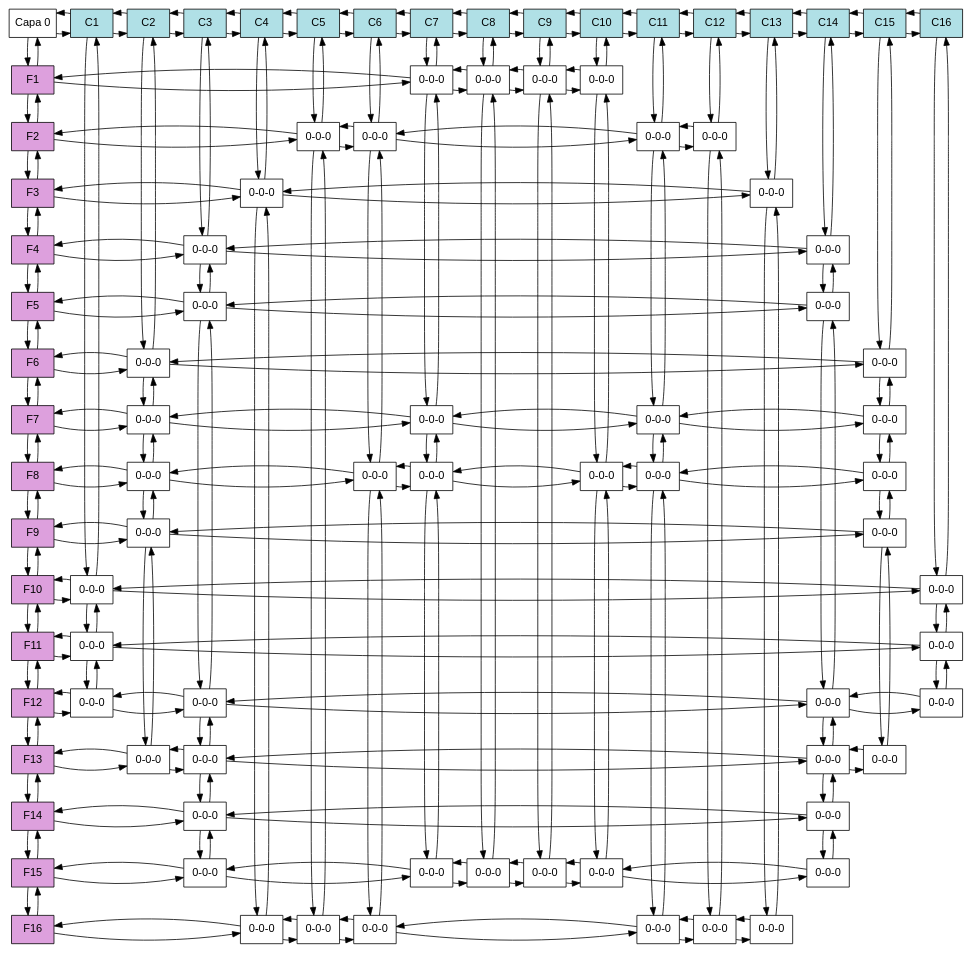
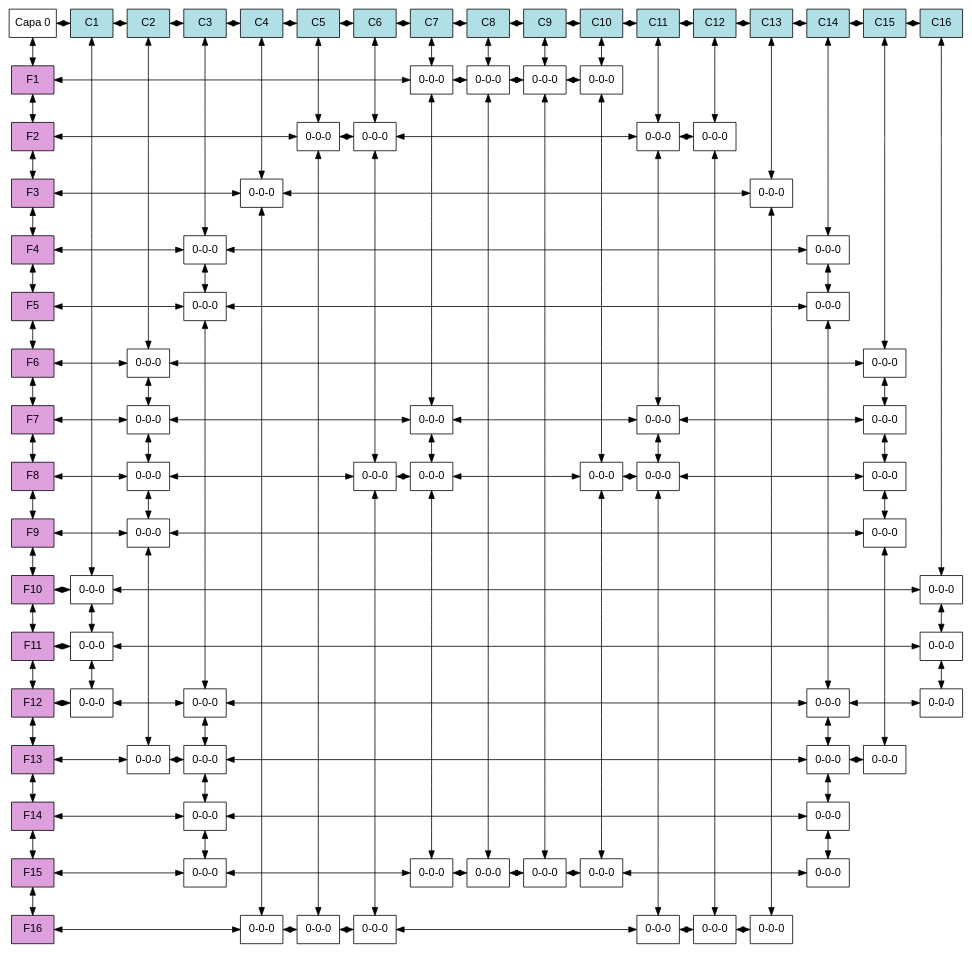
The diagram in ave/Contorno.dot (brandonT2002/EDD_VJ1S2023_PY_202112030), drawn with Graphviz before and after one commit. The commit also changed 30 other files, not shown here.

```diff
--- a/ave/Contorno.dot
+++ b/ave/Contorno.dot
@@ -1,5 +1,6 @@
 digraph T{
 	node[shape=box fontname="Arial" fillcolor="white" style=filled];
+	edge[dir="both"];
 	Root[label = "Capa 0", group="0"];
 	F1[group="0" fillcolor="plum"];
 	F2[group="0" fillcolor="plum"];
@@ -17,227 +18,193 @@
 	F14[group="0" fillcolor="plum"];
 	F15[group="0" fillcolor="plum"];
 	F16[group="0" fillcolor="plum"];
-	C1[group=1 fillcolor="powderblue"];
-	C2[group=2 fillcolor="powderblue"];
-	C3[group=3 fillcolor="powderblue"];
-	C4[group=4 fillcolor="powderblue"];
-	C5[group=5 fillcolor="powderblue"];
-	C6[group=6 fillcolor="powderblue"];
-	C7[group=7 fillcolor="powderblue"];
-	C8[group=8 fillcolor="powderblue"];
-	C9[group=9 fillcolor="powderblue"];
-	C10[group=10 fillcolor="powderblue"];
-	C11[group=11 fillcolor="powderblue"];
-	C12[group=12 fillcolor="powderblue"];
-	C13[group=13 fillcolor="powderblue"];
-	C14[group=14 fillcolor="powderblue"];
-	C15[group=15 fillcolor="powderblue"];
-	C16[group=16 fillcolor="powderblue"];
-	N10_1[group=1 label="0-0-0"];
-	N11_1[group=1 label="0-0-0"];
-	N12_1[group=1 label="0-0-0"];
-	N6_2[group=2 label="0-0-0"];
-	N7_2[group=2 label="0-0-0"];
-	N8_2[group=2 label="0-0-0"];
-	N9_2[group=2 label="0-0-0"];
-	N13_2[group=2 label="0-0-0"];
-	N4_3[group=3 label="0-0-0"];
-	N5_3[group=3 label="0-0-0"];
-	N12_3[group=3 label="0-0-0"];
-	N13_3[group=3 label="0-0-0"];
-	N14_3[group=3 label="0-0-0"];
-	N15_3[group=3 label="0-0-0"];
-	N3_4[group=4 label="0-0-0"];
-	N16_4[group=4 label="0-0-0"];
-	N2_5[group=5 label="0-0-0"];
-	N16_5[group=5 label="0-0-0"];
-	N2_6[group=6 label="0-0-0"];
-	N8_6[group=6 label="0-0-0"];
-	N16_6[group=6 label="0-0-0"];
-	N1_7[group=7 label="0-0-0"];
-	N7_7[group=7 label="0-0-0"];
-	N8_7[group=7 label="0-0-0"];
-	N15_7[group=7 label="0-0-0"];
-	N1_8[group=8 label="0-0-0"];
-	N15_8[group=8 label="0-0-0"];
-	N1_9[group=9 label="0-0-0"];
-	N15_9[group=9 label="0-0-0"];
-	N1_10[group=10 label="0-0-0"];
-	N8_10[group=10 label="0-0-0"];
-	N15_10[group=10 label="0-0-0"];
-	N2_11[group=11 label="0-0-0"];
-	N7_11[group=11 label="0-0-0"];
-	N8_11[group=11 label="0-0-0"];
-	N16_11[group=11 label="0-0-0"];
-	N2_12[group=12 label="0-0-0"];
-	N16_12[group=12 label="0-0-0"];
-	N3_13[group=13 label="0-0-0"];
-	N16_13[group=13 label="0-0-0"];
-	N4_14[group=14 label="0-0-0"];
-	N5_14[group=14 label="0-0-0"];
-	N12_14[group=14 label="0-0-0"];
-	N13_14[group=14 label="0-0-0"];
-	N14_14[group=14 label="0-0-0"];
-	N15_14[group=14 label="0-0-0"];
-	N6_15[group=15 label="0-0-0"];
-	N7_15[group=15 label="0-0-0"];
-	N8_15[group=15 label="0-0-0"];
-	N9_15[group=15 label="0-0-0"];
-	N13_15[group=15 label="0-0-0"];
-	N10_16[group=16 label="0-0-0"];
-	N11_16[group=16 label="0-0-0"];
-	N12_16[group=16 label="0-0-0"];
+	C1[group="1" fillcolor="powderblue"];
+	C2[group="2" fillcolor="powderblue"];
+	C3[group="3" fillcolor="powderblue"];
+	C4[group="4" fillcolor="powderblue"];
+	C5[group="5" fillcolor="powderblue"];
+	C6[group="6" fillcolor="powderblue"];
+	C7[group="7" fillcolor="powderblue"];
+	C8[group="8" fillcolor="powderblue"];
+	C9[group="9" fillcolor="powderblue"];
+	C10[group="10" fillcolor="powderblue"];
+	C11[group="11" fillcolor="powderblue"];
+	C12[group="12" fillcolor="powderblue"];
+	C13[group="13" fillcolor="powderblue"];
+	C14[group="14" fillcolor="powderblue"];
+	C15[group="15" fillcolor="powderblue"];
+	C16[group="16" fillcolor="powderblue"];
+	N10_1[group="1" label="0-0-0"];
+	N11_1[group="1" label="0-0-0"];
+	N12_1[group="1" label="0-0-0"];
+	N6_2[group="2" label="0-0-0"];
+	N7_2[group="2" label="0-0-0"];
+	N8_2[group="2" label="0-0-0"];
+	N9_2[group="2" label="0-0-0"];
+	N13_2[group="2" label="0-0-0"];
+	N4_3[group="3" label="0-0-0"];
+	N5_3[group="3" label="0-0-0"];
+	N12_3[group="3" label="0-0-0"];
+	N13_3[group="3" label="0-0-0"];
+	N14_3[group="3" label="0-0-0"];
+	N15_3[group="3" label="0-0-0"];
+	N3_4[group="4" label="0-0-0"];
+	N16_4[group="4" label="0-0-0"];
+	N2_5[group="5" label="0-0-0"];
+	N16_5[group="5" label="0-0-0"];
+	N2_6[group="6" label="0-0-0"];
+	N8_6[group="6" label="0-0-0"];
+	N16_6[group="6" label="0-0-0"];
+	N1_7[group="7" label="0-0-0"];
+	N7_7[group="7" label="0-0-0"];
+	N8_7[group="7" label="0-0-0"];
+	N15_7[group="7" label="0-0-0"];
+	N1_8[group="8" label="0-0-0"];
+	N15_8[group="8" label="0-0-0"];
+	N1_9[group="9" label="0-0-0"];
+	N15_9[group="9" label="0-0-0"];
+	N1_10[group="10" label="0-0-0"];
+	N8_10[group="10" label="0-0-0"];
+	N15_10[group="10" label="0-0-0"];
+	N2_11[group="11" label="0-0-0"];
+	N7_11[group="11" label="0-0-0"];
+	N8_11[group="11" label="0-0-0"];
+	N16_11[group="11" label="0-0-0"];
+	N2_12[group="12" label="0-0-0"];
+	N16_12[group="12" label="0-0-0"];
+	N3_13[group="13" label="0-0-0"];
+	N16_13[group="13" label="0-0-0"];
+	N4_14[group="14" label="0-0-0"];
+	N5_14[group="14" label="0-0-0"];
+	N12_14[group="14" label="0-0-0"];
+	N13_14[group="14" label="0-0-0"];
+	N14_14[group="14" label="0-0-0"];
+	N15_14[group="14" label="0-0-0"];
+	N6_15[group="15" label="0-0-0"];
+	N7_15[group="15" label="0-0-0"];
+	N8_15[group="15" label="0-0-0"];
+	N9_15[group="15" label="0-0-0"];
+	N13_15[group="15" label="0-0-0"];
+	N10_16[group="16" label="0-0-0"];
+	N11_16[group="16" label="0-0-0"];
+	N12_16[group="16" label="0-0-0"];
 	subgraph columnHeader {
 		rank = same;
 		Root -> C1 -> C2 -> C3 -> C4 -> C5 -> C6 -> C7 -> C8 -> C9 -> C10 -> C11 -> C12 -> C13 -> C14 -> C15 -> C16;
-		Root -> C1 -> C2 -> C3 -> C4 -> C5 -> C6 -> C7 -> C8 -> C9 -> C10 -> C11 -> C12 -> C13 -> C14 -> C15 -> C16[dir=back];
 	}
 	subgraph row1 {
 		rank = same;
 		F1 -> N1_7 -> N1_8 -> N1_9 -> N1_10;
-		F1 -> N1_7 -> N1_8 -> N1_9 -> N1_10[dir=back];
 	}
 	subgraph row2 {
 		rank = same;
 		F2 -> N2_5 -> N2_6 -> N2_11 -> N2_12;
-		F2 -> N2_5 -> N2_6 -> N2_11 -> N2_12[dir=back];
 	}
 	subgraph row3 {
 		rank = same;
 		F3 -> N3_4 -> N3_13;
-		F3 -> N3_4 -> N3_13[dir=back];
 	}
 	subgraph row4 {
 		rank = same;
 		F4 -> N4_3 -> N4_14;
-		F4 -> N4_3 -> N4_14[dir=back];
 	}
 	subgraph row5 {
 		rank = same;
 		F5 -> N5_3 -> N5_14;
-		F5 -> N5_3 -> N5_14[dir=back];
 	}
 	subgraph row6 {
 		rank = same;
 		F6 -> N6_2 -> N6_15;
-		F6 -> N6_2 -> N6_15[dir=back];
 	}
 	subgraph row7 {
 		rank = same;
 		F7 -> N7_2 -> N7_7 -> N7_11 -> N7_15;
-		F7 -> N7_2 -> N7_7 -> N7_11 -> N7_15[dir=back];
 	}
 	subgraph row8 {
 		rank = same;
 		F8 -> N8_2 -> N8_6 -> N8_7 -> N8_10 -> N8_11 -> N8_15;
-		F8 -> N8_2 -> N8_6 -> N8_7 -> N8_10 -> N8_11 -> N8_15[dir=back];
 	}
 	subgraph row9 {
 		rank = same;
 		F9 -> N9_2 -> N9_15;
-		F9 -> N9_2 -> N9_15[dir=back];
 	}
 	subgraph row10 {
 		rank = same;
 		F10 -> N10_1 -> N10_16;
-		F10 -> N10_1 -> N10_16[dir=back];
 	}
 	subgraph row11 {
 		rank = same;
 		F11 -> N11_1 -> N11_16;
-		F11 -> N11_1 -> N11_16[dir=back];
 	}
 	subgraph row12 {
 		rank = same;
 		F12 -> N12_1 -> N12_3 -> N12_14 -> N12_16;
-		F12 -> N12_1 -> N12_3 -> N12_14 -> N12_16[dir=back];
 	}
 	subgraph row13 {
 		rank = same;
 		F13 -> N13_2 -> N13_3 -> N13_14 -> N13_15;
-		F13 -> N13_2 -> N13_3 -> N13_14 -> N13_15[dir=back];
 	}
 	subgraph row14 {
 		rank = same;
 		F14 -> N14_3 -> N14_14;
-		F14 -> N14_3 -> N14_14[dir=back];
 	}
 	subgraph row15 {
 		rank = same;
 		F15 -> N15_3 -> N15_7 -> N15_8 -> N15_9 -> N15_10 -> N15_14;
-		F15 -> N15_3 -> N15_7 -> N15_8 -> N15_9 -> N15_10 -> N15_14[dir=back];
 	}
 	subgraph row16 {
 		rank = same;
 		F16 -> N16_4 -> N16_5 -> N16_6 -> N16_11 -> N16_12 -> N16_13;
-		F16 -> N16_4 -> N16_5 -> N16_6 -> N16_11 -> N16_12 -> N16_13[dir=back];
 	}
 	subgraph rowHeader {
 		Root -> F1 -> F2 -> F3 -> F4 -> F5 -> F6 -> F7 -> F8 -> F9 -> F10 -> F11 -> F12 -> F13 -> F14 -> F15 -> F16;
-		Root -> F1 -> F2 -> F3 -> F4 -> F5 -> F6 -> F7 -> F8 -> F9 -> F10 -> F11 -> F12 -> F13 -> F14 -> F15 -> F16[dir=back];
 	}
 	subgraph column1 {
 		C1 -> N10_1 -> N11_1 -> N12_1;
-		C1 -> N10_1 -> N11_1 -> N12_1[dir=back];
 	}
 	subgraph column2 {
 		C2 -> N6_2 -> N7_2 -> N8_2 -> N9_2 -> N13_2;
-		C2 -> N6_2 -> N7_2 -> N8_2 -> N9_2 -> N13_2[dir=back];
 	}
 	subgraph column3 {
 		C3 -> N4_3 -> N5_3 -> N12_3 -> N13_3 -> N14_3 -> N15_3;
-		C3 -> N4_3 -> N5_3 -> N12_3 -> N13_3 -> N14_3 -> N15_3[dir=back];
 	}
 	subgraph column4 {
 		C4 -> N3_4 -> N16_4;
-		C4 -> N3_4 -> N16_4[dir=back];
 	}
 	subgraph column5 {
 		C5 -> N2_5 -> N16_5;
-		C5 -> N2_5 -> N16_5[dir=back];
 	}
 	subgraph column6 {
 		C6 -> N2_6 -> N8_6 -> N16_6;
-		C6 -> N2_6 -> N8_6 -> N16_6[dir=back];
 	}
 	subgraph column7 {
 		C7 -> N1_7 -> N7_7 -> N8_7 -> N15_7;
-		C7 -> N1_7 -> N7_7 -> N8_7 -> N15_7[dir=back];
 	}
 	subgraph column8 {
 		C8 -> N1_8 -> N15_8;
-		C8 -> N1_8 -> N15_8[dir=back];
 	}
 	subgraph column9 {
 		C9 -> N1_9 -> N15_9;
-		C9 -> N1_9 -> N15_9[dir=back];
 	}
 	subgraph column10 {
 		C10 -> N1_10 -> N8_10 -> N15_10;
-		C10 -> N1_10 -> N8_10 -> N15_10[dir=back];
 	}
 	subgraph column11 {
 		C11 -> N2_11 -> N7_11 -> N8_11 -> N16_11;
-		C11 -> N2_11 -> N7_11 -> N8_11 -> N16_11[dir=back];
 	}
 	subgraph column12 {
 		C12 -> N2_12 -> N16_12;
-		C12 -> N2_12 -> N16_12[dir=back];
 	}
 	subgraph column13 {
 		C13 -> N3_13 -> N16_13;
-		C13 -> N3_13 -> N16_13[dir=back];
 	}
 	subgraph column14 {
 		C14 -> N4_14 -> N5_14 -> N12_14 -> N13_14 -> N14_14 -> N15_14;
-		C14 -> N4_14 -> N5_14 -> N12_14 -> N13_14 -> N14_14 -> N15_14[dir=back];
 	}
 	subgraph column15 {
 		C15 -> N6_15 -> N7_15 -> N8_15 -> N9_15 -> N13_15;
-		C15 -> N6_15 -> N7_15 -> N8_15 -> N9_15 -> N13_15[dir=back];
 	}
 	subgraph column16 {
 		C16 -> N10_16 -> N11_16 -> N12_16;
-		C16 -> N10_16 -> N11_16 -> N12_16[dir=back];
 	}
 }
```
